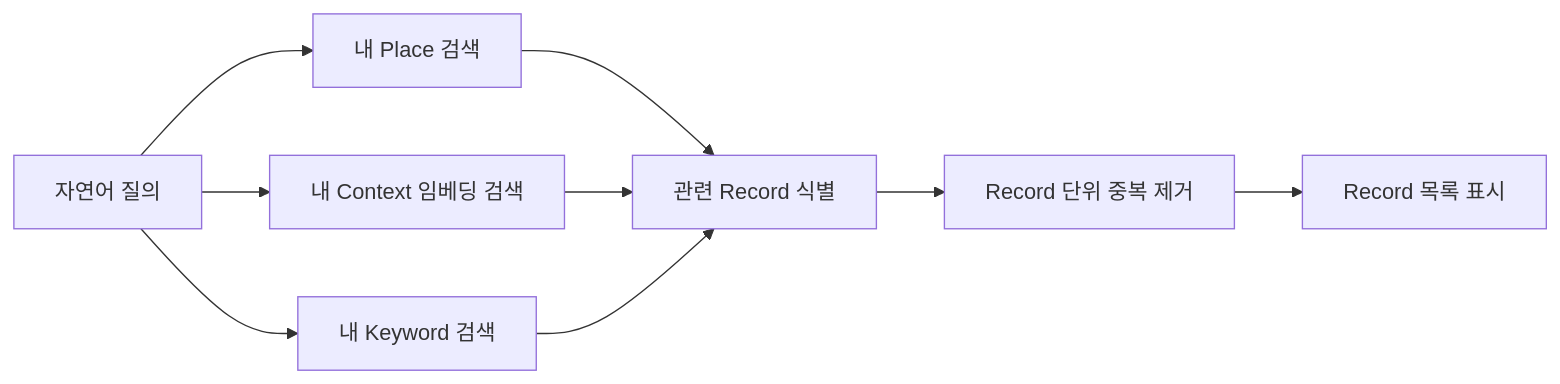
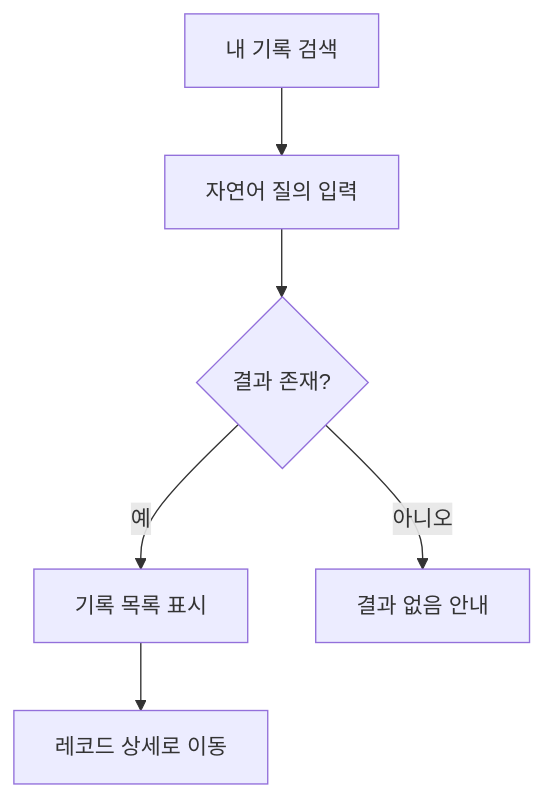
The fourth of 12 diagrams in draft/09_유저플로우.md (Team-PinLog/docs), drawn with Mermaid before and after one commit. The commit also changed other lines of this file and 2 other files, not shown here.

Commit message:
1차 유저플로우 수정

````diff
--- a/draft/09_유저플로우.md
+++ b/draft/09_유저플로우.md
@@ -34,11 +97,8 @@
 ```mermaid
-flowchart LR
-    A[자연어 질의] --> B[내 Place 검색]
-    A --> C[내 Context 임베딩 검색]
-    A --> D[내 Keyword 검색]
-    B --> E[관련 Record 식별]
-    C --> E
-    D --> E
-    E --> F[Record 단위 중복 제거]
-    F --> G[Record 목록 표시]
+flowchart TD
+    A[내 기록 검색] --> B[자연어 질의 입력]
+    B --> C{결과 존재?}
+    C -- 예 --> D[기록 목록 표시]
+    C -- 아니오 --> E[결과 없음 안내]
+    D --> F[레코드 상세로 이동]
 ```
````
